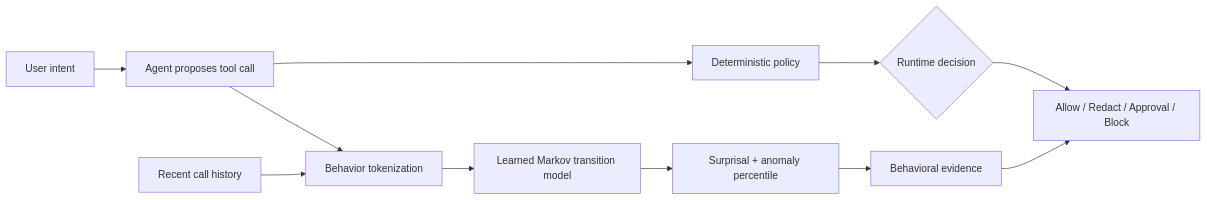
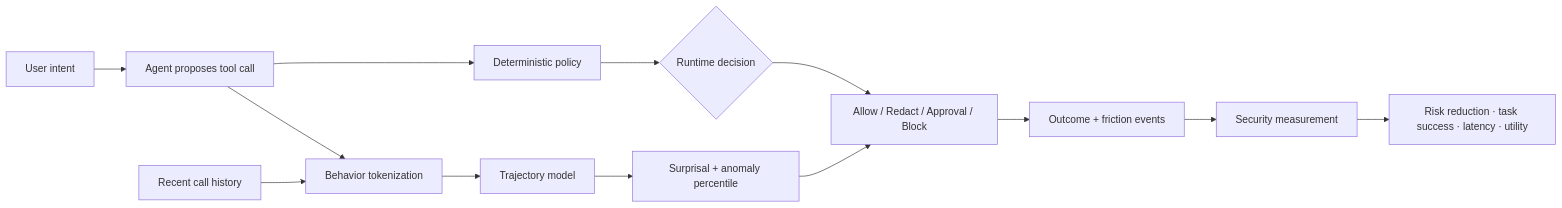
One commit to VinayK88/AgentShield changed the diagram in README.md. Above: the diagram before and after it, drawn with Mermaid. The commit also changed other lines of this file, not shown here.

Commit message:
Surface security-control measurement in README

````diff
--- a/README.md
+++ b/README.md
@@ -137,13 +145,15 @@
 ```mermaid
 flowchart LR
     U[User intent] --> A[Agent proposes tool call]
     A --> P[Deterministic policy]
     A --> S[Behavior tokenization]
     H[Recent call history] --> S
-    S --> M[Learned Markov transition model]
+    S --> M[Trajectory model]
     M --> E[Surprisal + anomaly percentile]
     P --> D{Runtime decision}
-    E --> X[Behavioral evidence]
     D --> O[Allow / Redact / Approval / Block]
-    X --> O
+    E --> O
+    O --> X[Outcome + friction events]
+    X --> Q[Security measurement]
+    Q --> R[Risk reduction · task success · latency · utility]
 ```
````
